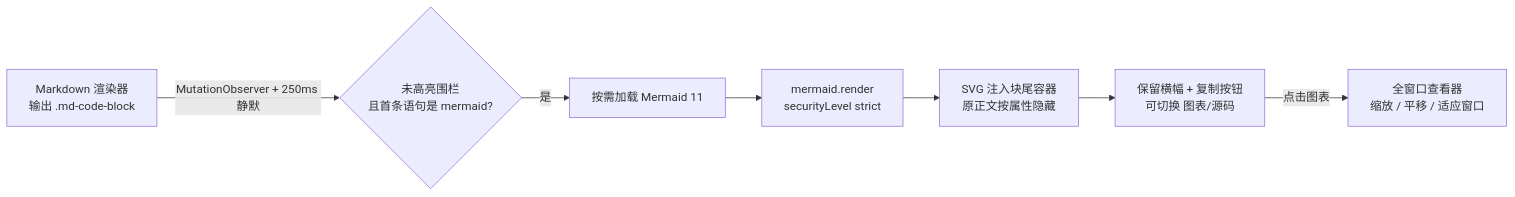
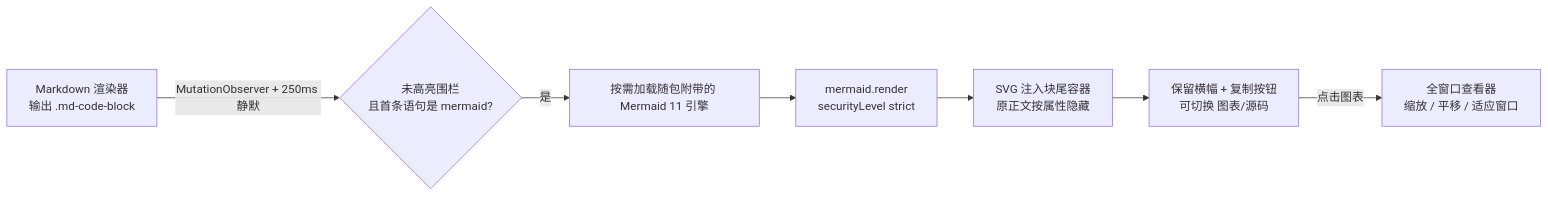
One commit to realguan/dsh-mermaid-preview changed the diagram in README.md. Above: the diagram before and after it, drawn with Mermaid. The commit also changed other lines of this file and 22 other files, not shown here.

Commit message:
release: v0.7.0 —— 离线：Mermaid 引擎随包附带，插件不再联网

````diff
--- a/README.md
+++ b/README.md
@@ -139,9 +142,9 @@
 ```mermaid
 flowchart LR
     A[Markdown 渲染器<br/>输出 .md-code-block] -->|MutationObserver + 250ms 静默| B{未高亮围栏<br/>且首条语句是 mermaid?}
-    B -->|是| C[按需加载 Mermaid 11]
+    B -->|是| C[按需加载随包附带的 Mermaid 11 引擎]
     C --> D[mermaid.render<br/>securityLevel strict]
     D --> E[SVG 注入块尾容器<br/>原正文按属性隐藏]
     E --> F[保留横幅 + 复制按钮<br/>可切换 图表/源码]
     F -->|点击图表| G[全窗口查看器<br/>缩放 / 平移 / 适应窗口]
 ```
````
